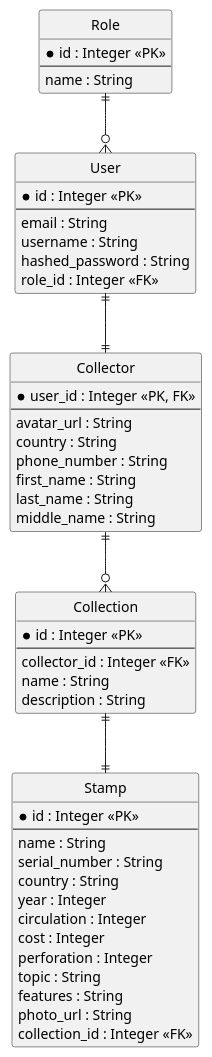
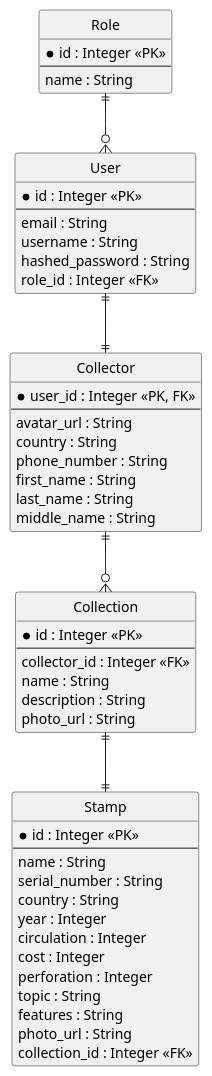
The diagram in diagrams/ER-диаграмма.puml (Eaglet12IQ/spo-project), drawn with PlantUML before and after one commit. The commit also changed 10 other files, not shown here.

```diff
--- a/diagrams/ER-диаграмма.puml
+++ b/diagrams/ER-диаграмма.puml
@@ -1,60 +1,61 @@
 @startuml
 hide circle
 skinparam linetype ortho
 
 entity "User" as User {
   *id : Integer <<PK>>
   --
   email : String
   username : String
   hashed_password : String
   role_id : Integer <<FK>>
 }
 
 entity "Role" as Role {
   *id : Integer <<PK>>
   --
   name : String
 }
 
 entity "Collector" as Collector {
   *user_id : Integer <<PK, FK>>
   --
   avatar_url : String
   country : String
   phone_number : String
   first_name : String
   last_name : String
   middle_name : String
 }
 
 entity "Collection" as Collection {
   *id : Integer <<PK>>
   --
   collector_id : Integer <<FK>>
   name : String
   description : String
+  photo_url : String
 }
 
 entity "Stamp" as Stamp {
   *id : Integer <<PK>>
   --
   name : String
   serial_number : String
   country : String
   year : Integer
   circulation : Integer
   cost : Integer
   perforation : Integer
   topic : String
   features : String
   photo_url : String
   collection_id : Integer <<FK>>
 }
 
 Role ||--o{ User
 User ||--|| Collector
 Collector ||--o{ Collection
 Collection ||--|| Stamp
 
 @enduml
```
